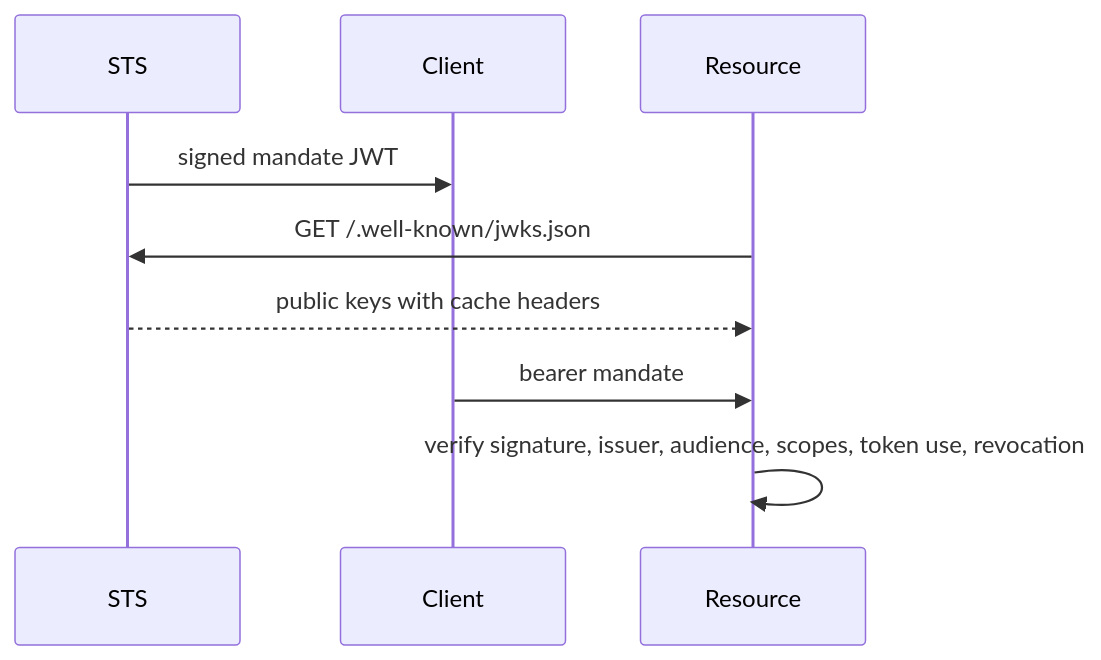
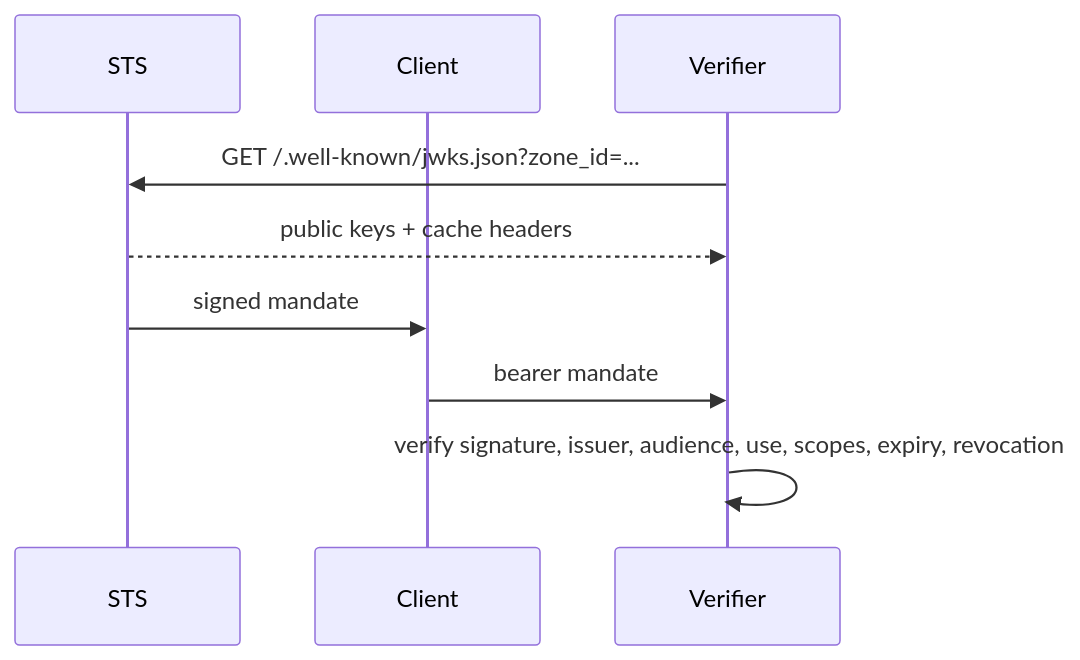
The diagram in docs/src/content/docs/architecture/crypto-keys.mdx (Garudex-Labs/caracal), drawn with Mermaid before and after one commit. The commit also changed other lines of this file and 4 other files, not shown here.

````diff
--- a/docs/src/content/docs/architecture/crypto-keys.mdx
+++ b/docs/src/content/docs/architecture/crypto-keys.mdx
@@ -26,11 +22,11 @@
 ```mermaid
 sequenceDiagram
   participant STS
   participant Client
-  participant Resource
-  STS->>Client: signed mandate JWT
-  Resource->>STS: GET /.well-known/jwks.json
-  STS-->>Resource: public keys with cache headers
-  Client->>Resource: bearer mandate
-  Resource->>Resource: verify signature, issuer, audience, scopes, token use, revocation
+  participant Verifier
+  Verifier->>STS: GET /.well-known/jwks.json?zone_id=...
+  STS-->>Verifier: public keys + cache headers
+  STS->>Client: signed mandate
+  Client->>Verifier: bearer mandate
+  Verifier->>Verifier: verify signature, issuer, audience, use, scopes, expiry, revocation
 ```
````
